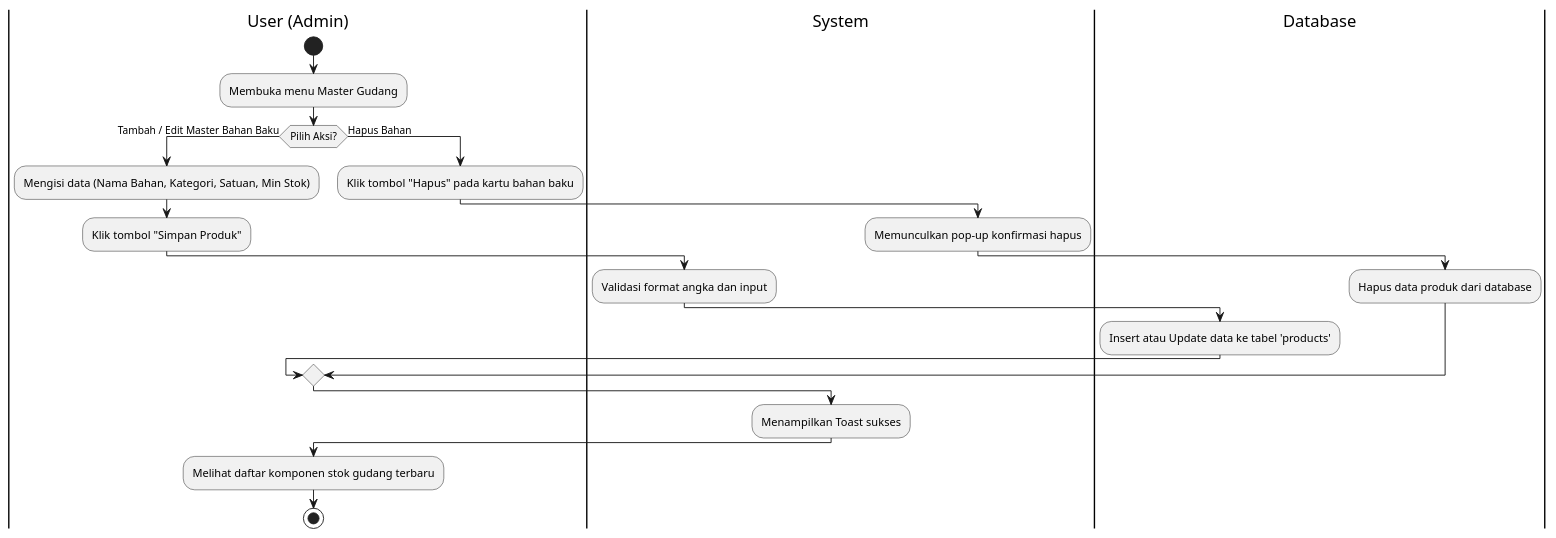
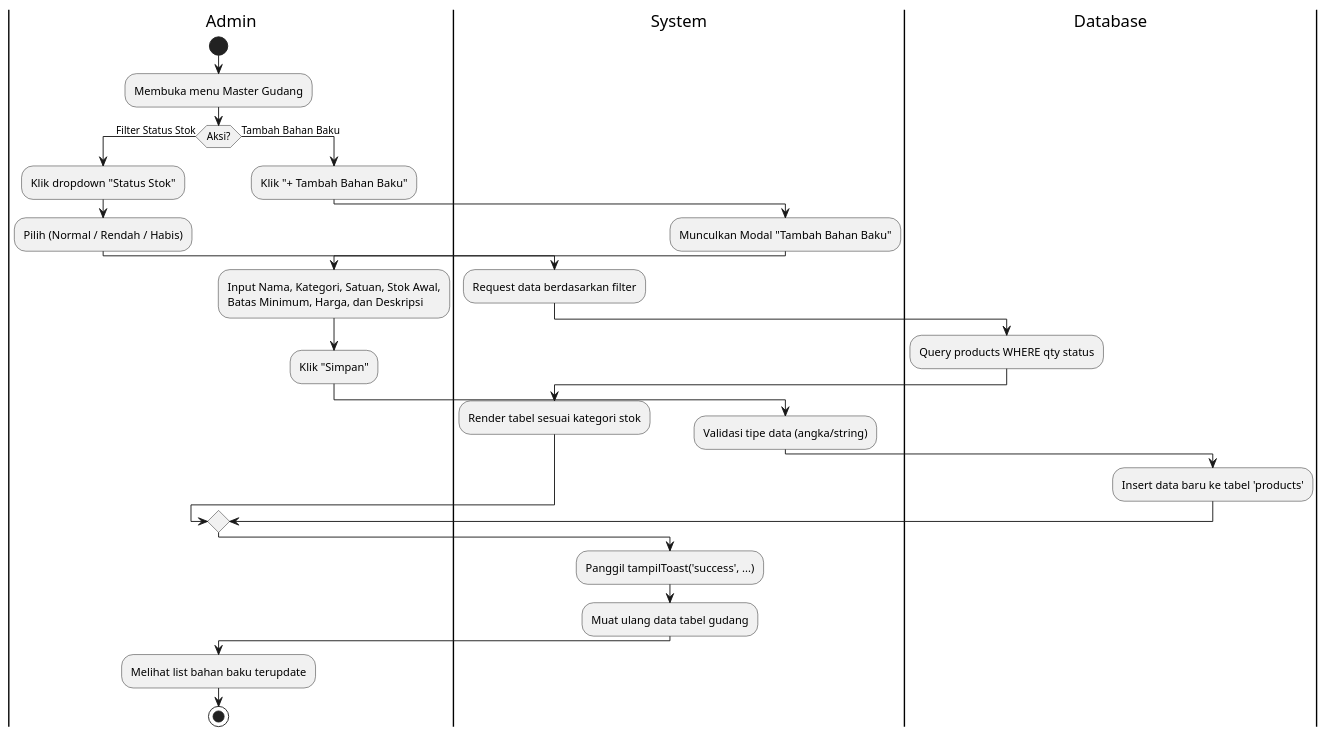
One commit to anandajuliar/projectpwf changed the diagram in DiagramUML/Activity Diagram/Admin/manajemenbahan.puml. Above: the diagram before and after it, drawn with PlantUML. The commit also changed 5 other files, not shown here.

Commit message:
update act diagram

```diff
--- a/DiagramUML/Activity Diagram/Admin/manajemenbahan.puml
+++ b/DiagramUML/Activity Diagram/Admin/manajemenbahan.puml
@@ -1,28 +1,35 @@
 @startuml
-|User (Admin)|
+|Admin|
 start
 :Membuka menu Master Gudang;
 
-if (Pilih Aksi?) then (Tambah / Edit Master Bahan Baku)
-    :Mengisi data (Nama Bahan, Kategori, Satuan, Min Stok);
-    :Klik tombol "Simpan Produk";
+if (Aksi?) then (Filter Status Stok)
+    :Klik dropdown "Status Stok";
+    :Pilih (Normal / Rendah / Habis);
     |System|
-    :Validasi format angka dan input;
+    :Request data berdasarkan filter;
     |Database|
-    :Insert atau Update data ke tabel 'products';
-else (Hapus Bahan)
-    |User (Admin)|
-    :Klik tombol "Hapus" pada kartu bahan baku;
+    :Query products WHERE qty status;
     |System|
-    :Memunculkan pop-up konfirmasi hapus;
+    :Render tabel sesuai kategori stok;
+else (Tambah Bahan Baku)
+    |Admin|
+    :Klik "+ Tambah Bahan Baku";
+    |System|
+    :Munculkan Modal "Tambah Bahan Baku";
+    |Admin|
+    :Input Nama, Kategori, Satuan, Stok Awal,\nBatas Minimum, Harga, dan Deskripsi;
+    :Klik "Simpan";
+    |System|
+    :Validasi tipe data (angka/string);
     |Database|
-    :Hapus data produk dari database;
+    :Insert data baru ke tabel 'products';
 endif
 
 |System|
-:Menampilkan Toast sukses;
-
-|User (Admin)|
-:Melihat daftar komponen stok gudang terbaru;
+:Panggil tampilToast('success', ...);
+:Muat ulang data tabel gudang;
+|Admin|
+:Melihat list bahan baku terupdate;
 stop
 @enduml
```
